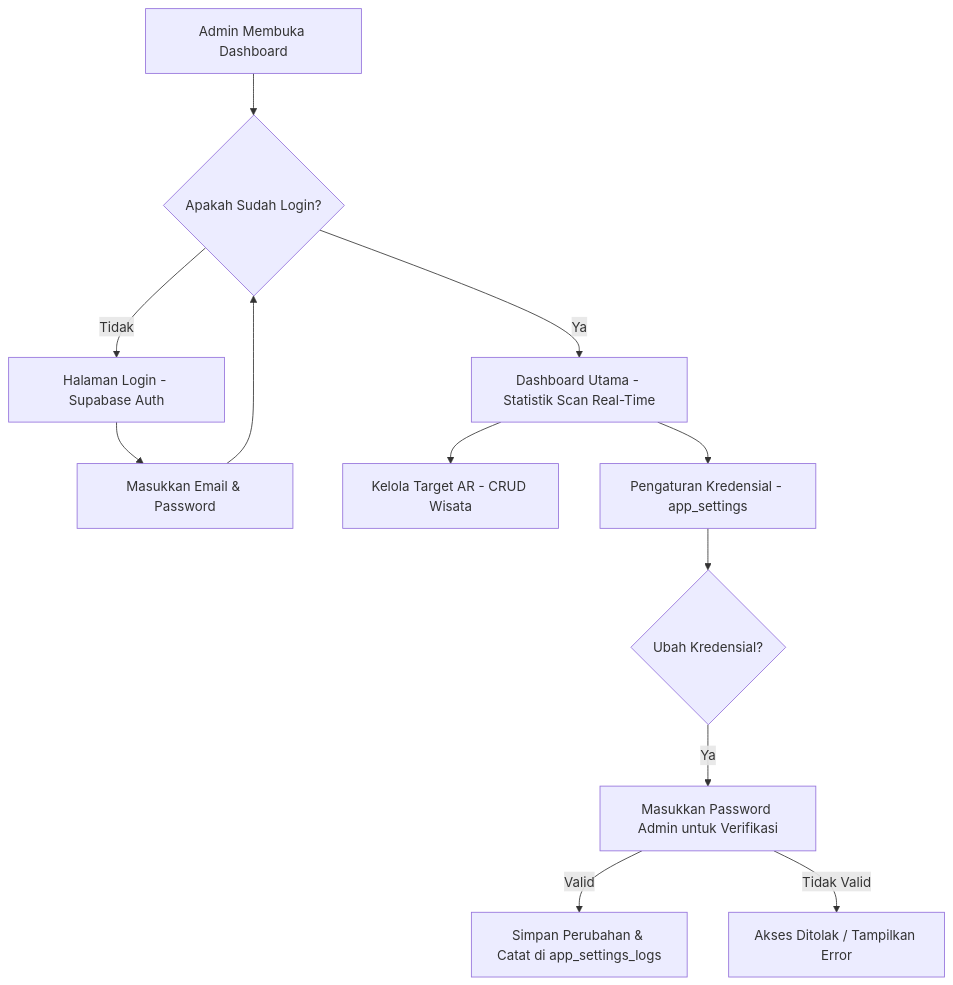
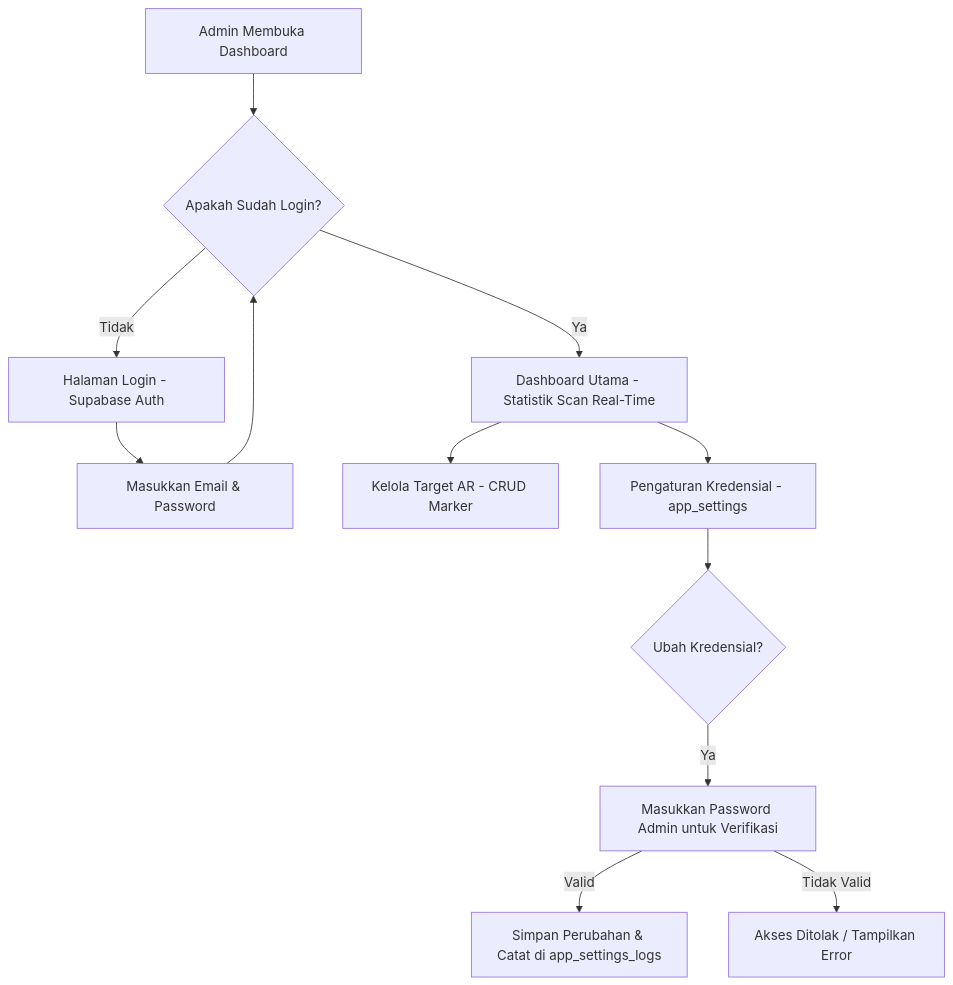
The first of 2 diagrams in README.md (MyusiZ3/DjaswitaAR-Fix), drawn with Mermaid before and after one commit. The commit also changed other lines of this file, not shown here.

````diff
--- a/README.md
+++ b/README.md
@@ -82,14 +82,14 @@
 ```mermaid
 graph TD
     A[Admin Membuka Dashboard] --> B{Apakah Sudah Login?}
     B -- Tidak --> C[Halaman Login - Supabase Auth]
     C --> D[Masukkan Email & Password]
     D --> B
     B -- Ya --> E[Dashboard Utama - Statistik Scan Real-Time]
-    E --> F[Kelola Target AR - CRUD Wisata]
+    E --> F[Kelola Target AR - CRUD Marker]
     E --> G[Pengaturan Kredensial - app_settings]
     G --> H{Ubah Kredensial?}
     H -- Ya --> I[Masukkan Password Admin untuk Verifikasi]
     I -- Valid --> J[Simpan Perubahan & Catat di app_settings_logs]
     I -- Tidak Valid --> K[Akses Ditolak / Tampilkan Error]
 ```
````
